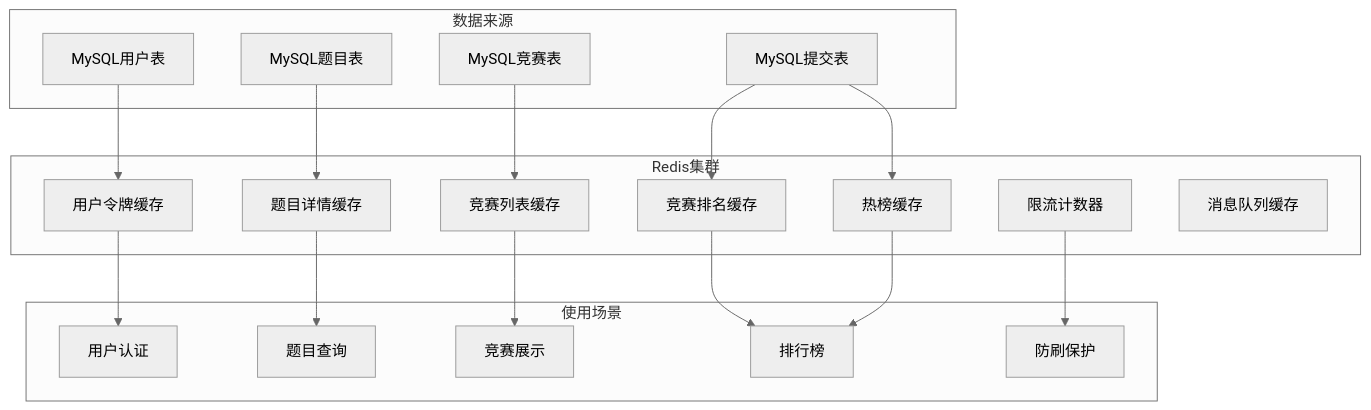
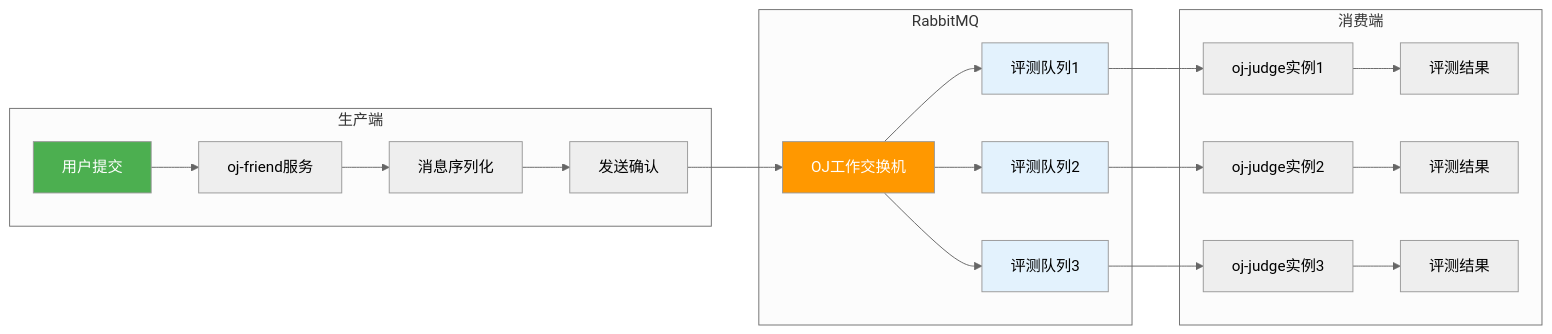
Before and after one commit to 1067367579/coding-arena: diagram 13 of 14 in README.md, drawn with Mermaid (neutral theme). The commit also changed other lines of this file and 1 other file, not shown here.

````diff
--- a/README.md
+++ b/README.md
@@ -676,40 +1177,31 @@
 ```mermaid
-graph TD
-    subgraph Redis集群
-        R1[用户令牌缓存]
-        R2[题目详情缓存]
-        R3[竞赛列表缓存]
-        R4[竞赛排名缓存]
-        R5[热榜缓存]
-        R6[限流计数器]
-        R7[消息队列缓存]
+graph LR
+    subgraph 生产端
+        P[用户提交] --> P1[oj-friend服务]
+        P1 --> P2[消息序列化]
+        P2 --> P3[发送确认]
     end
-    
-    subgraph 数据来源
-        DB1[MySQL用户表]
-        DB2[MySQL题目表]
-        DB3[MySQL竞赛表]
-        DB4[MySQL提交表]
+
+    subgraph RabbitMQ
+        P3 --> E[OJ工作交换机]
+        E --> Q1[评测队列1]
+        E --> Q2[评测队列2]
+        E --> Q3[评测队列3]
     end
-    
-    subgraph 使用场景
-        A1[用户认证]
-        A2[题目查询]
-        A3[竞赛展示]
-        A4[排行榜]
-        A5[防刷保护]
+
+    subgraph 消费端
+        Q1 --> C1[oj-judge实例1]
+        Q2 --> C2[oj-judge实例2]
+        Q3 --> C3[oj-judge实例3]
+
+        C1 --> R1[评测结果]
+        C2 --> R2[评测结果]
+        C3 --> R3[评测结果]
     end
-    
-    DB1 --> R1
-    DB2 --> R2
-    DB3 --> R3
-    DB4 --> R4
-    DB4 --> R5
-    
-    R1 --> A1
-    R2 --> A2
-    R3 --> A3
-    R4 --> A4
-    R5 --> A4
-    R6 --> A5
+
+    style P fill:#4caf50,color:#fff
+    style E fill:#ff9800,color:#fff
+    style Q1 fill:#e3f2fd
+    style Q2 fill:#e3f2fd
+    style Q3 fill:#e3f2fd
 ```
````
